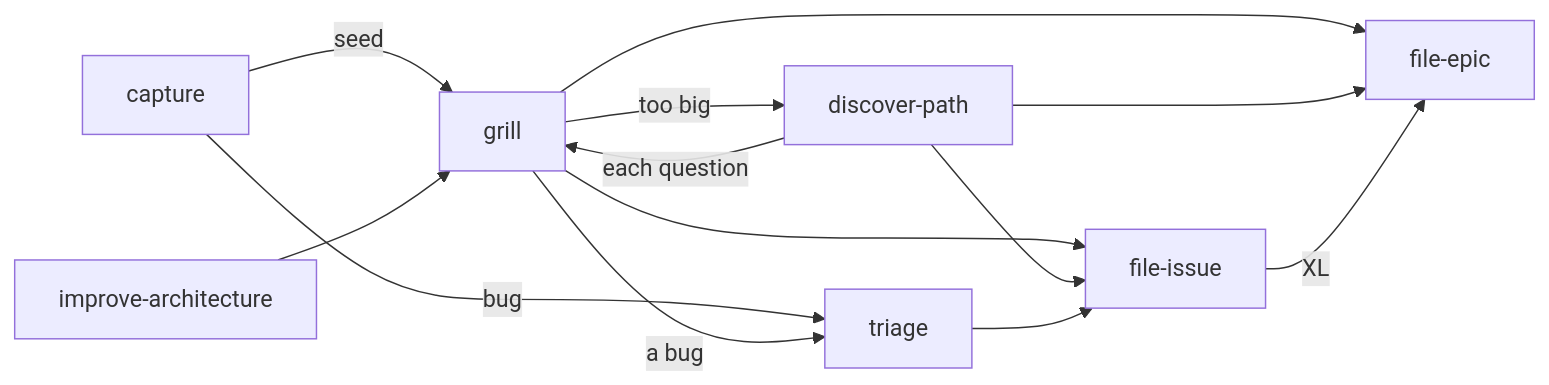
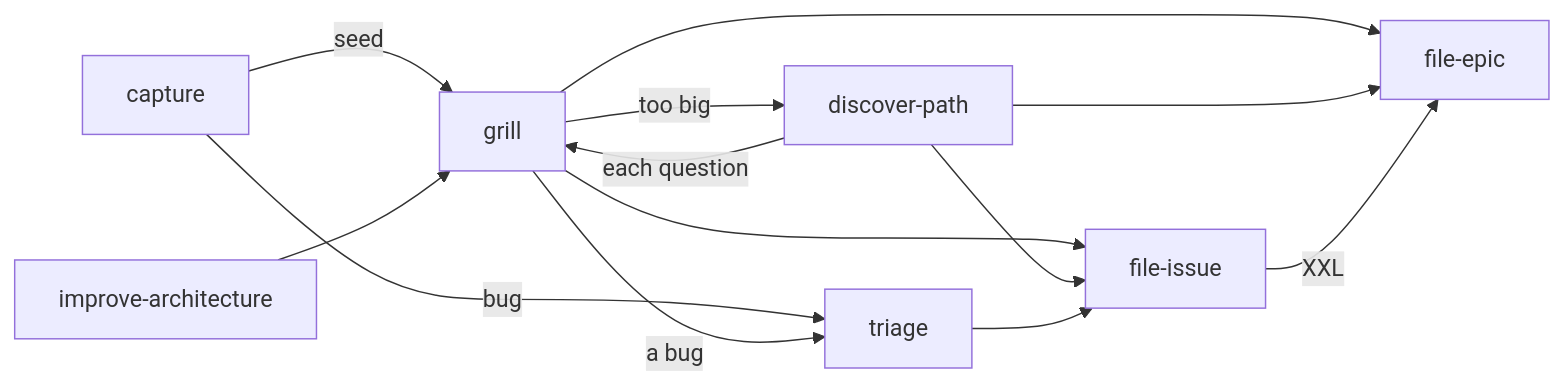
Before and after one commit to linhvu0711/skills: the first of 2 diagrams in README.md, drawn with Mermaid. The commit also changed 7 other files, not shown here.

````diff
--- a/README.md
+++ b/README.md
@@ -11,15 +11,15 @@
 ```mermaid
 flowchart LR
   capture -->|seed| grill
   capture -->|bug| triage
   improve[improve-architecture] --> grill
   grill -->|a bug| triage
   grill -->|too big| discover[discover-path]
   discover -->|each question| grill
   grill --> toissue[file-issue]
   grill --> toepic[file-epic]
   discover --> toissue
   discover --> toepic
   triage --> toissue
-  toissue -->|XL| toepic
+  toissue -->|XXL| toepic
 ```
````
